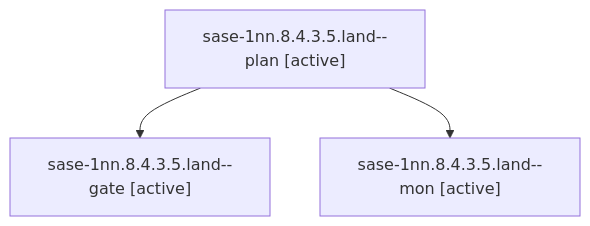
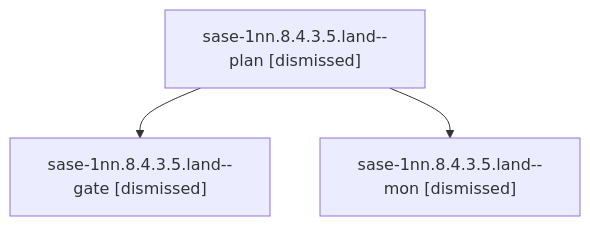
Before and after one commit to sase-org/sase--agents: the diagram in sessions/bbugyi200.athena.sase-1nn.8.4.3.5.land.md, drawn with Mermaid. The commit also changed other lines of this file and 188 other files, not shown here.

````diff
--- a/sessions/bbugyi200.athena.sase-1nn.8.4.3.5.land.md
+++ b/sessions/bbugyi200.athena.sase-1nn.8.4.3.5.land.md
@@ -9,8 +9,8 @@
 ```mermaid
 flowchart TD
-  n0["sase-1nn.8.4.3.5.land--plan [active]"]
-  n1["sase-1nn.8.4.3.5.land--gate [active]"]
+  n0["sase-1nn.8.4.3.5.land--plan [dismissed]"]
+  n1["sase-1nn.8.4.3.5.land--gate [dismissed]"]
   n0 --> n1
-  n2["sase-1nn.8.4.3.5.land--mon [active]"]
+  n2["sase-1nn.8.4.3.5.land--mon [dismissed]"]
   n0 --> n2
 ```
````
